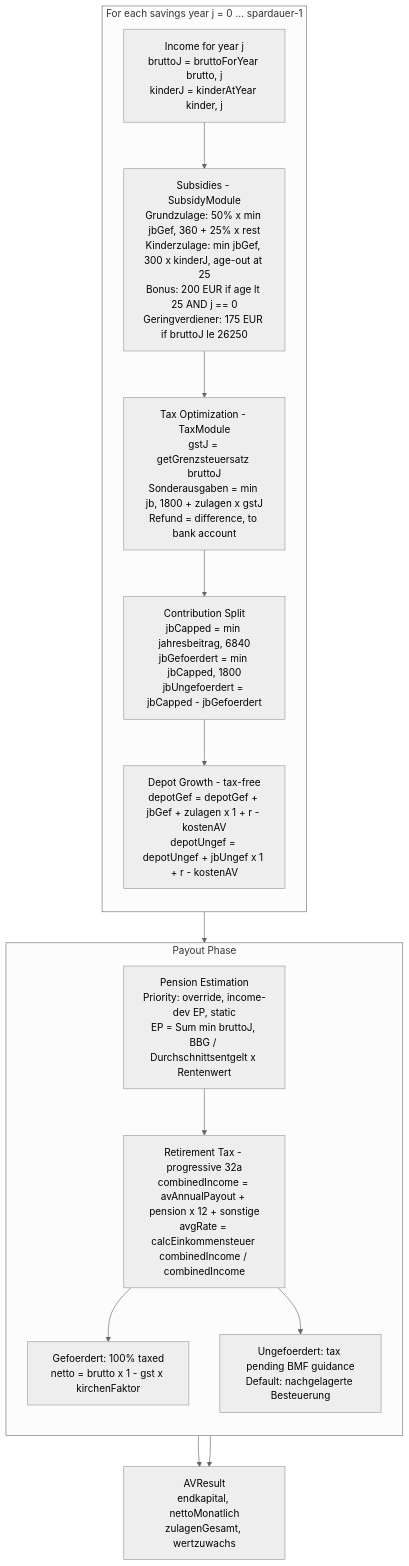
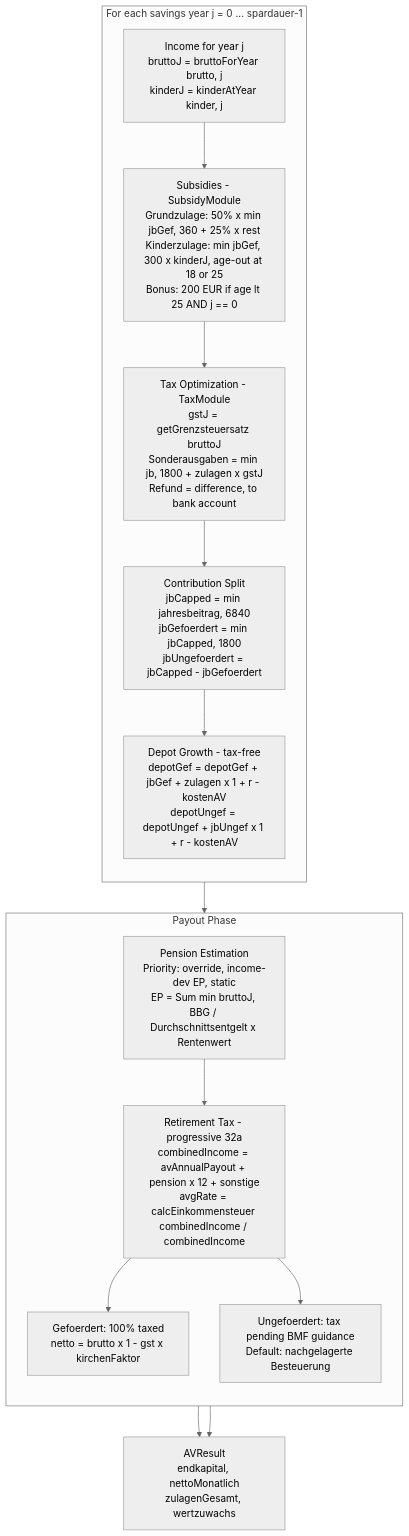
The second of 4 diagrams in docs/CALCULATION_MAP.md (chraig/de_altersvorsorge_depot), drawn with Mermaid (neutral theme) before and after one commit. The commit also changed other lines of this file and 17 other files, not shown here.

````diff
--- a/docs/CALCULATION_MAP.md
+++ b/docs/CALCULATION_MAP.md
@@ -50,24 +50,24 @@
 ```mermaid
 flowchart TD
     subgraph LOOP["For each savings year j = 0 ... spardauer-1"]
         direction TB
         INC["Income for year j<br/>bruttoJ = bruttoForYear brutto, j<br/>kinderJ = kinderAtYear kinder, j"]
-        SUB["Subsidies - SubsidyModule<br/>Grundzulage: 50% x min jbGef, 360 + 25% x rest<br/>Kinderzulage: min jbGef, 300 x kinderJ, age-out at 25<br/>Bonus: 200 EUR if age lt 25 AND j == 0<br/>Geringverdiener: 175 EUR if bruttoJ le 26250"]
+        SUB["Subsidies - SubsidyModule<br/>Grundzulage: 50% x min jbGef, 360 + 25% x rest<br/>Kinderzulage: min jbGef, 300 x kinderJ, age-out at 18 or 25<br/>Bonus: 200 EUR if age lt 25 AND j == 0"]
         TAX["Tax Optimization - TaxModule<br/>gstJ = getGrenzsteuersatz bruttoJ<br/>Sonderausgaben = min jb, 1800 + zulagen x gstJ<br/>Refund = difference, to bank account"]
         SPLIT["Contribution Split<br/>jbCapped = min jahresbeitrag, 6840<br/>jbGefoerdert = min jbCapped, 1800<br/>jbUngefoerdert = jbCapped - jbGefoerdert"]
         GROW["Depot Growth - tax-free<br/>depotGef = depotGef + jbGef + zulagen x 1 + r - kostenAV<br/>depotUngef = depotUngef + jbUngef x 1 + r - kostenAV"]
         INC --> SUB --> TAX --> SPLIT --> GROW
     end
     GROW --> PAY
     subgraph PAY["Payout Phase"]
         direction TB
         PENS["Pension Estimation<br/>Priority: override, income-dev EP, static<br/>EP = Sum min bruttoJ, BBG / Durchschnittsentgelt x Rentenwert"]
         RTAX["Retirement Tax - progressive 32a<br/>combinedIncome = avAnnualPayout + pension x 12 + sonstige<br/>avgRate = calcEinkommensteuer combinedIncome / combinedIncome"]
         GEF["Gefoerdert: 100% taxed<br/>netto = brutto x 1 - gst x kirchenFaktor"]
         UNGEF["Ungefoerdert: tax pending BMF guidance<br/>Default: nachgelagerte Besteuerung"]
         PENS --> RTAX --> GEF
         RTAX --> UNGEF
     end
     GEF --> RES[AVResult<br/>endkapital, nettoMonatlich<br/>zulagenGesamt, wertzuwachs]
     UNGEF --> RES
 ```
````
